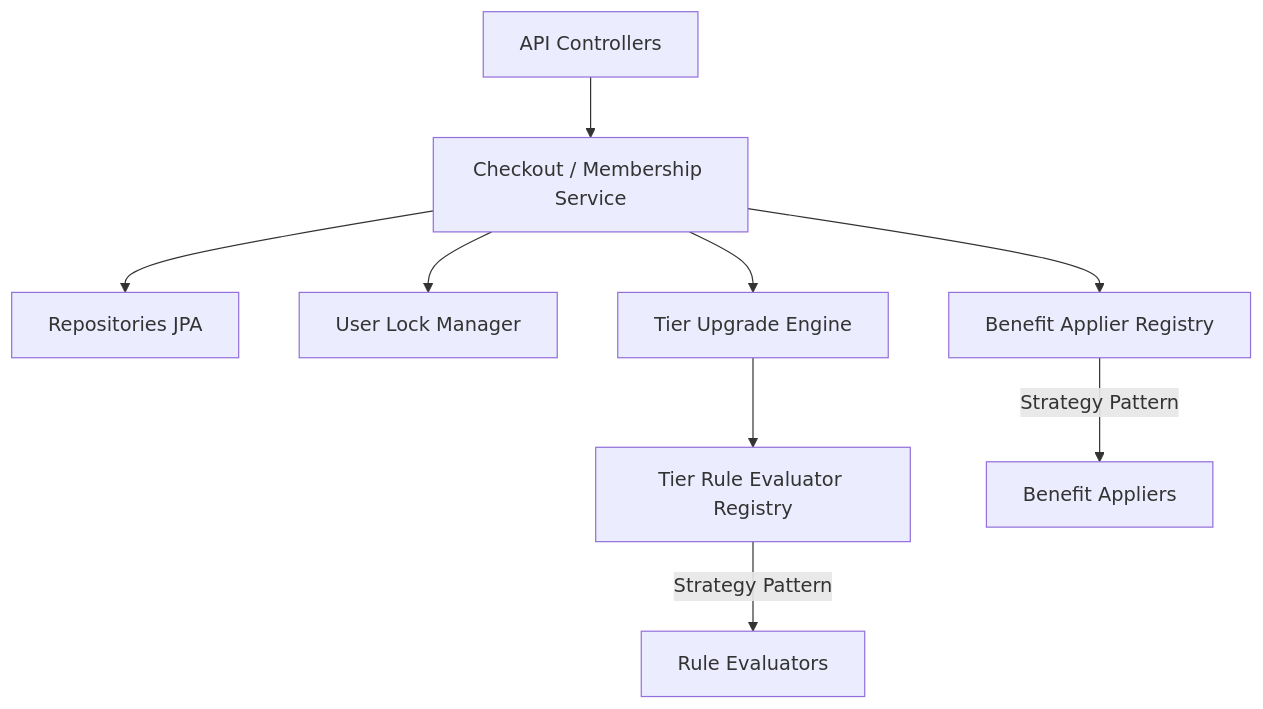
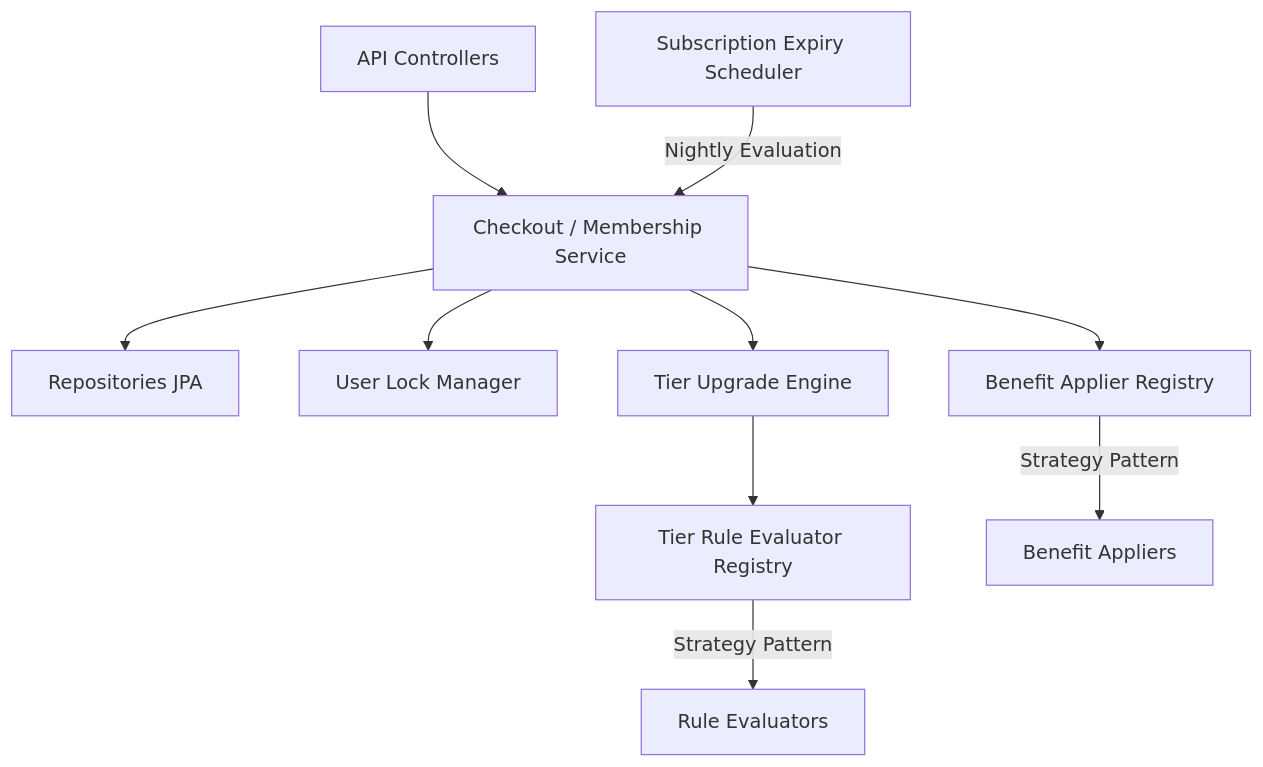
Before and after one commit to ayon380/FirstClub: the first of 2 diagrams in README.md, drawn with Mermaid. The commit also changed other lines of this file and 6 other files, not shown here.

Commit message:
feat: implement automated subscription expiry and periodic tier re-evaluation scheduler

````diff
--- a/README.md
+++ b/README.md
@@ -25,11 +26,12 @@
 ```mermaid
 graph TD
     A[API Controllers] --> B[Checkout / Membership Service]
     B --> C[Repositories JPA]
     B --> D[User Lock Manager]
     B --> E[Tier Upgrade Engine]
     E --> F[Tier Rule Evaluator Registry]
     F -->|Strategy Pattern| G[Rule Evaluators]
     B --> H[Benefit Applier Registry]
     H -->|Strategy Pattern| I[Benefit Appliers]
+    J[Subscription Expiry Scheduler] -->|Nightly Evaluation| B
 ```
````
